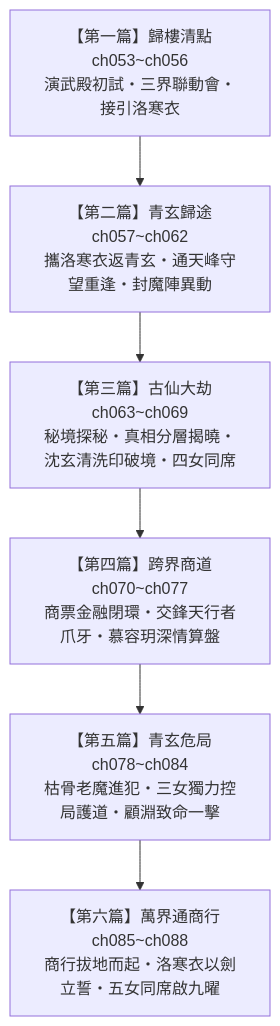
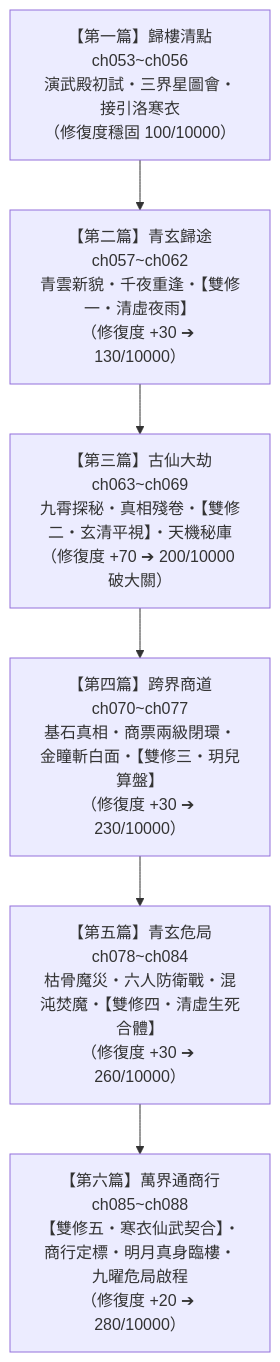
One commit to wade-fs/novel changed the diagram in sex/docs/arcs/03/README.md. Above: the diagram before and after it, drawn with Mermaid. The commit also changed other lines of this file and 5 other files, not shown here.

````diff
--- a/sex/docs/arcs/03/README.md
+++ b/sex/docs/arcs/03/README.md
@@ -64,11 +54,11 @@
 ```mermaid
 flowchart TD
-    P1["【第一篇】歸樓清點<br>ch053~ch056<br>演武殿初試・三界聯動會・接引洛寒衣"]
-    P2["【第二篇】青玄歸途<br>ch057~ch062<br>攜洛寒衣返青玄・通天峰守望重逢・封魔陣異動"]
-    P3["【第三篇】古仙大劫<br>ch063~ch069<br>秘境探秘・真相分層揭曉・沈玄清洗印破境・四女同席"]
-    P4["【第四篇】跨界商道<br>ch070~ch077<br>商票金融閉環・交鋒天行者爪牙・慕容玥深情算盤"]
-    P5["【第五篇】青玄危局<br>ch078~ch084<br>枯骨老魔進犯・三女獨力控局護道・顧淵致命一擊"]
-    P6["【第六篇】萬界通商行<br>ch085~ch088<br>商行拔地而起・洛寒衣以劍立誓・五女同席啟九曜"]
+    P1["【第一篇】歸樓清點<br>ch053~ch056<br>演武殿初試・三界星圖會・接引洛寒衣<br>（修復度穩固 100/10000）"]
+    P2["【第二篇】青玄歸途<br>ch057~ch062<br>青雲新貌・千夜重逢・【雙修一・清虛夜雨】<br>（修復度 +30 ➔ 130/10000）"]
+    P3["【第三篇】古仙大劫<br>ch063~ch069<br>九霄探秘・真相殘卷・【雙修二・玄清平視】・天機秘庫<br>（修復度 +70 ➔ 200/10000 破大關）"]
+    P4["【第四篇】跨界商道<br>ch070~ch077<br>基石真相・商票兩級閉環・金瞳斬白面・【雙修三・玥兒算盤】<br>（修復度 +30 ➔ 230/10000）"]
+    P5["【第五篇】青玄危局<br>ch078~ch084<br>枯骨魔災・六人防衛戰・混沌焚魔・【雙修四・清虛生死合體】<br>（修復度 +30 ➔ 260/10000）"]
+    P6["【第六篇】萬界通商行<br>ch085~ch088<br>【雙修五・寒衣仙武契合】・商行定標・明月真身臨樓・九曜危局啟程<br>（修復度 +20 ➔ 280/10000）"]
 
     P1 --> P2 --> P3 --> P4 --> P5 --> P6
 ```
````
